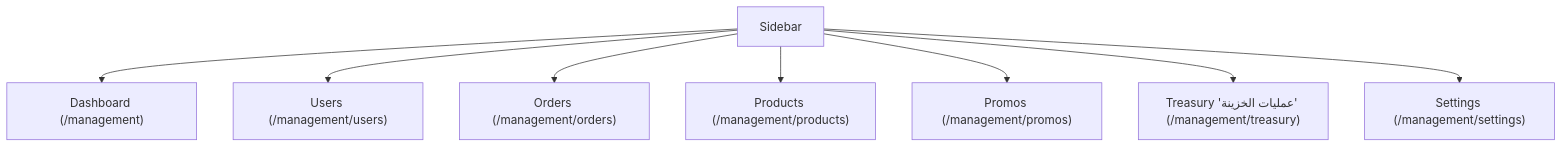
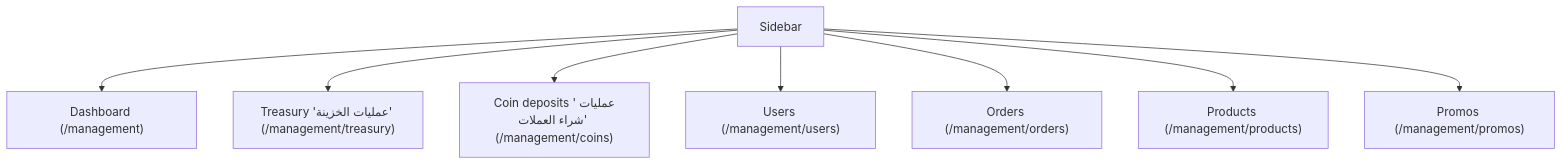
One commit to lawaty/67-Store changed the diagram in docs/03-specs/06-back-office.md. Above: the diagram before and after it, drawn with Mermaid. The commit also changed other lines of this file and 24 other files, not shown here.

Commit message:
Expand the domain, architecture, and spec documentation

````diff
--- a/docs/03-specs/06-back-office.md
+++ b/docs/03-specs/06-back-office.md
@@ -26,10 +26,10 @@
 ```mermaid
 flowchart TD
   Sidebar --> Dashboard["Dashboard (/management)"]
+  Sidebar --> Treasury["Treasury 'عمليات الخزينة' (/management/treasury)"]
+  Sidebar --> Coins["Coin deposits 'عمليات شراء العملات' (/management/coins)"]
   Sidebar --> Users["Users (/management/users)"]
   Sidebar --> Orders["Orders (/management/orders)"]
   Sidebar --> Products["Products (/management/products)"]
   Sidebar --> Promos["Promos (/management/promos)"]
-  Sidebar --> Treasury["Treasury 'عمليات الخزينة' (/management/treasury)"]
-  Sidebar --> Settings["Settings (/management/settings)"]
 ```
````
